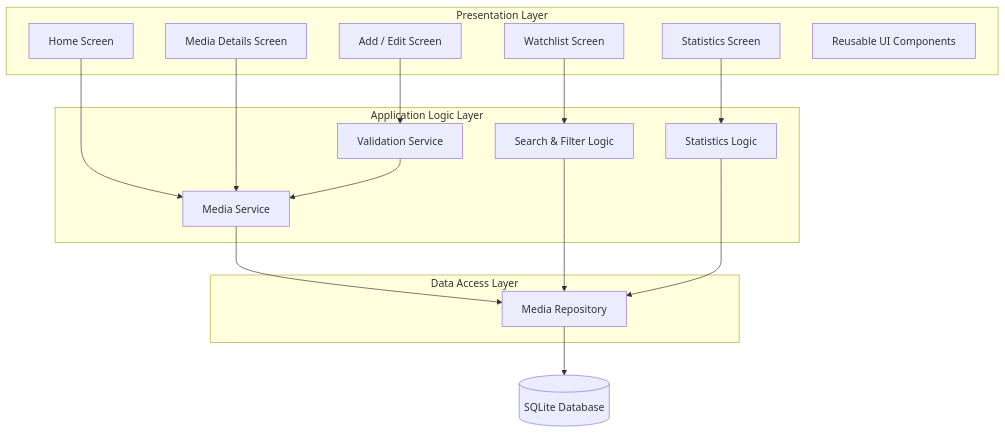
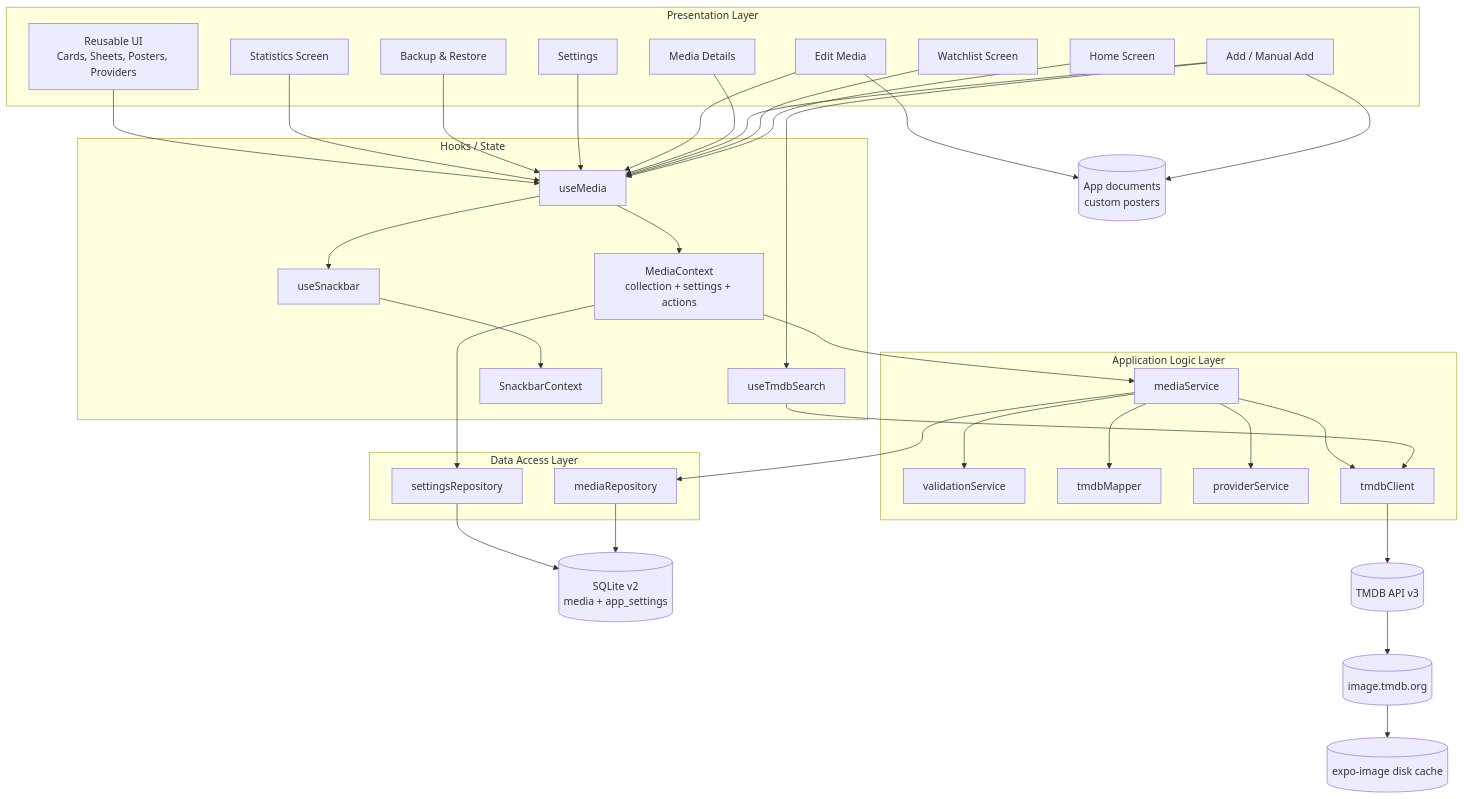
The first of 3 diagrams in docs/09-system-architecture.md (Aldo-Kristian/CineTrack), drawn with Mermaid before and after one commit. The commit also changed other lines of this file and 17 other files, not shown here.

Commit message:
docs: revise all documents for v2 (tmdb, poster, streaming, genre cards)

````diff
--- a/docs/09-system-architecture.md
+++ b/docs/09-system-architecture.md
@@ -12,35 +23,70 @@
 ```mermaid
 flowchart TB
     subgraph PL["Presentation Layer"]
         HS[Home Screen]
         WS[Watchlist Screen]
-        MD[Media Details Screen]
-        AE[Add / Edit Screen]
+        AS[Add / Manual Add]
+        DS[Media Details]
+        ES[Edit Media]
         SS[Statistics Screen]
-        UI[Reusable UI Components]
+        SET[Settings]
+        BK[Backup & Restore]
+        UI["Reusable UI\nCards, Sheets, Posters, Providers"]
+    end
+
+    subgraph HL["Hooks / State"]
+        UM[useMedia]
+        UT[useTmdbSearch]
+        US[useSnackbar]
+        CTX[MediaContext\ncollection + settings + actions]
+        SNB[SnackbarContext]
     end
 
     subgraph AL["Application Logic Layer"]
-        MS[Media Service]
-        VS[Validation Service]
-        SF[Search & Filter Logic]
-        ST[Statistics Logic]
+        MS[mediaService]
+        VS[validationService]
+        TM[tmdbMapper]
+        PS[providerService]
+        TC[tmdbClient]
     end
 
-    subgraph DL["Data Access Layer"]
-        MR[Media Repository]
+    subgraph DAL["Data Access Layer"]
+        MR[mediaRepository]
+        SR[settingsRepository]
     end
 
-    DB[(SQLite Database)]
+    DB[(SQLite v2\nmedia + app_settings)]
+    TMDB[(TMDB API v3)]
+    IMG[(image.tmdb.org)]
+    CACHE[(expo-image disk cache)]
+    FS[(App documents\ncustom posters)]
 
-    HS --> MS
-    WS --> SF
-    MD --> MS
-    AE --> VS
-    SS --> ST
+    HS --> UM
+    WS --> UM
+    AS --> UM
+    AS --> UT
+    DS --> UM
+    ES --> UM
+    SET --> UM
+    BK --> UM
+    SS --> UM
+    UI --> UM
+    UM --> CTX
+    UT --> TC
+    UM --> US
+    US --> SNB
+    CTX --> MS
+    MS --> VS
+    MS --> TM
+    MS --> PS
+    MS --> TC
     MS --> MR
-    VS --> MS
-    SF --> MR
-    ST --> MR
+    CTX --> SR
     MR --> DB
+    SR --> DB
+    TC --> TMDB
+    TMDB --> IMG
+    IMG --> CACHE
+    AS --> FS
+    ES --> FS
 ```
````
